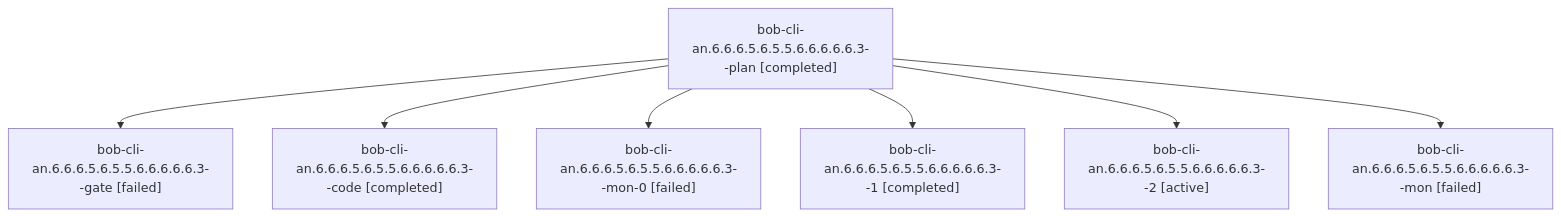
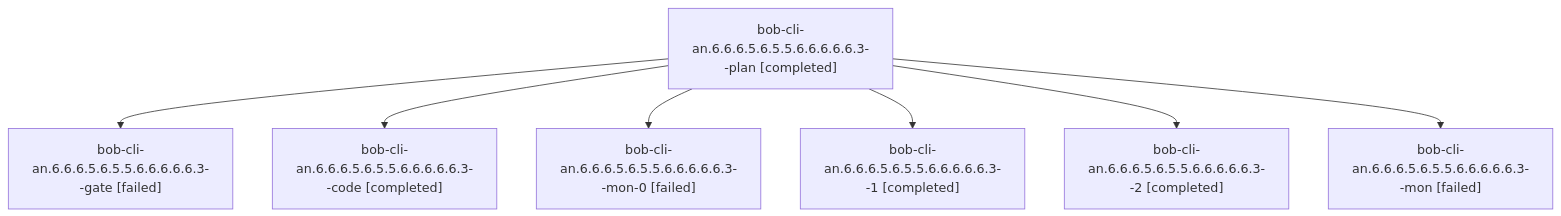
One commit to bobs-org/bob-cli--agents changed the diagram in sessions/bbugyi200.athena.bob-cli-an.6.6.6.5.6.5.5.6.6.6.6.6.3.md. Above: the diagram before and after it, drawn with Mermaid. The commit also changed other lines of this file and 239 other files, not shown here.

````diff
--- a/sessions/bbugyi200.athena.bob-cli-an.6.6.6.5.6.5.5.6.6.6.6.6.3.md
+++ b/sessions/bbugyi200.athena.bob-cli-an.6.6.6.5.6.5.5.6.6.6.6.6.3.md
@@ -9,16 +9,16 @@
 ```mermaid
 flowchart TD
   n0["bob-cli-an.6.6.6.5.6.5.5.6.6.6.6.6.3--plan [completed]"]
   n1["bob-cli-an.6.6.6.5.6.5.5.6.6.6.6.6.3--gate [failed]"]
   n0 --> n1
   n2["bob-cli-an.6.6.6.5.6.5.5.6.6.6.6.6.3--code [completed]"]
   n0 --> n2
   n3["bob-cli-an.6.6.6.5.6.5.5.6.6.6.6.6.3--mon-0 [failed]"]
   n0 --> n3
   n4["bob-cli-an.6.6.6.5.6.5.5.6.6.6.6.6.3--1 [completed]"]
   n0 --> n4
-  n5["bob-cli-an.6.6.6.5.6.5.5.6.6.6.6.6.3--2 [active]"]
+  n5["bob-cli-an.6.6.6.5.6.5.5.6.6.6.6.6.3--2 [completed]"]
   n0 --> n5
   n6["bob-cli-an.6.6.6.5.6.5.5.6.6.6.6.6.3--mon [failed]"]
   n0 --> n6
 ```
````
